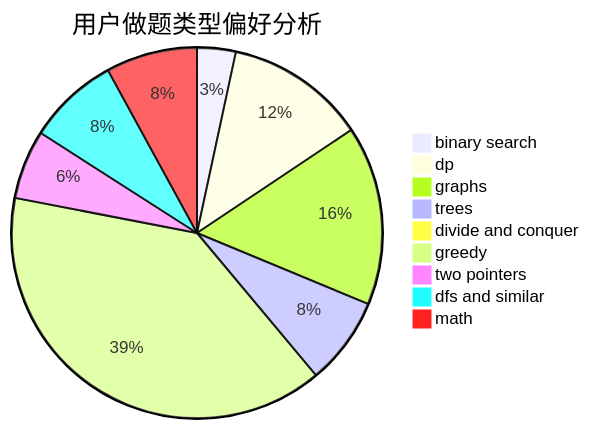
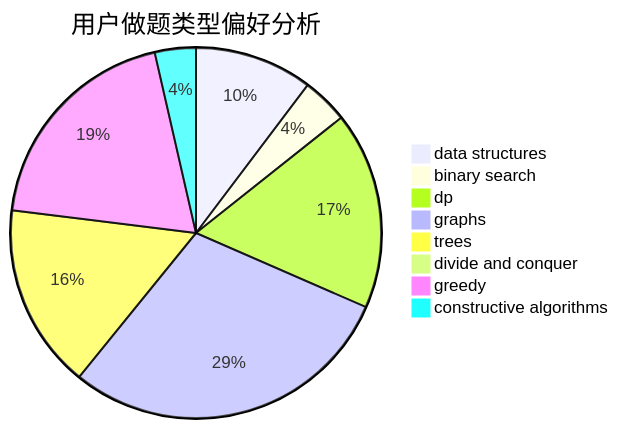
Before and after one commit to sherpahu/cfrs.github.io: the second of 3 diagrams in docs/user/u568.md, drawn with Mermaid. The commit also changed other lines of this file and 2775 other files, not shown here.

````diff
--- a/docs/user/u568.md
+++ b/docs/user/u568.md
@@ -23,12 +23,11 @@
 ```mermaid
 pie title 用户做题类型偏好分析
-    "binary search" :  33
-    "dp" :  120
-    "graphs" :  153
-    "trees" :  75
+    "data structures" :  46
+    "binary search" :  18
+    "dp" :  77
+    "graphs" :  131
+    "trees" :  72
     "divide and conquer" :  0
-    "greedy" :  383
-    "two pointers" :  59
-    "dfs and similar" :  78
-    "math" :  78
+    "greedy" :  87
+    "constructive algorithms" :  16
 ```
````
